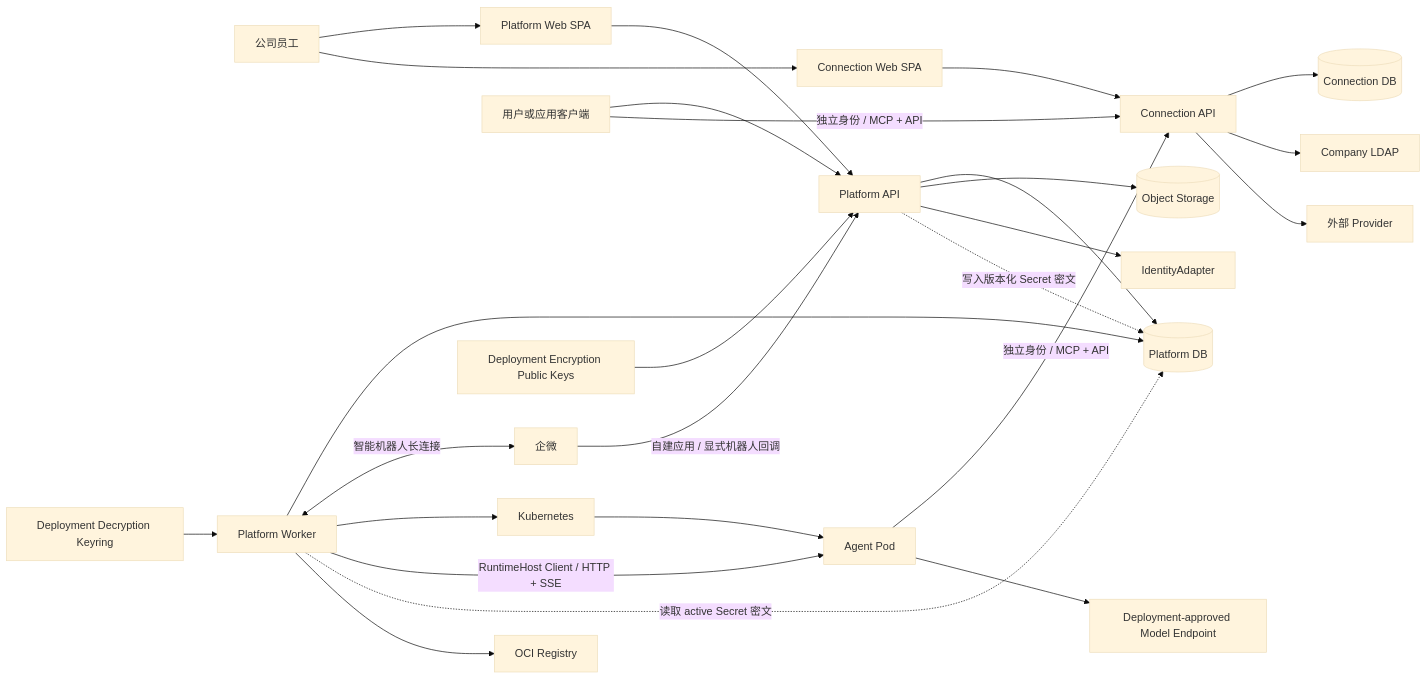
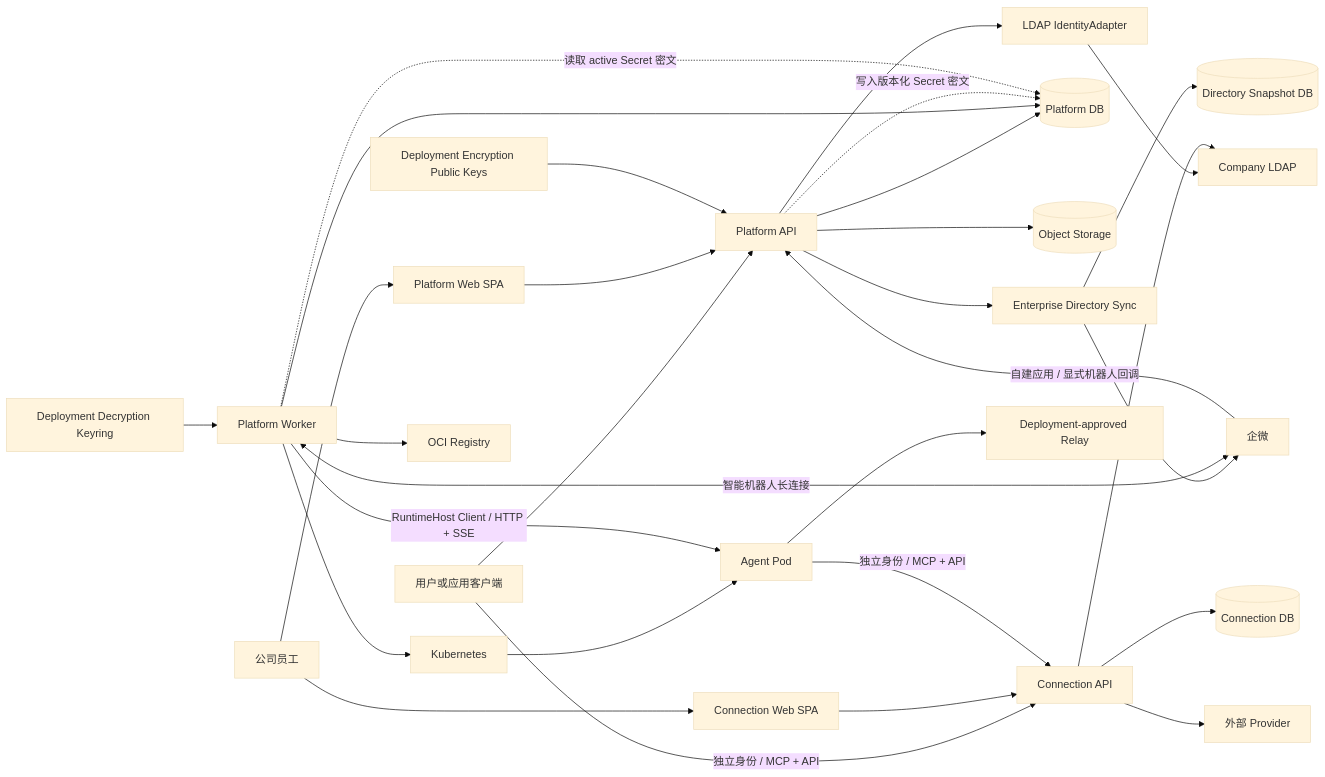
The first of 3 diagrams in docs/architecture/SPEC-agent-infra-M1-engineering-architecture.md (AgoraIO-Extensions/agent-infra), drawn with Mermaid (base theme) before and after one commit. The commit also changed other lines of this file and 4 other files, not shown here.

Commit message:
docs: align M1 identity and Relay acceptance (#886)

````diff
--- a/docs/architecture/SPEC-agent-infra-M1-engineering-architecture.md
+++ b/docs/architecture/SPEC-agent-infra-M1-engineering-architecture.md
@@ -86,32 +86,36 @@
 ```mermaid
 flowchart LR
     U[公司员工] --> W[Platform Web SPA]
     U --> CW[Connection Web SPA]
     QW[企微] -->|自建应用 / 显式机器人回调| PA[Platform API]
     CLI[用户或应用客户端] --> PA
     CLI -->|独立身份 / MCP + API| CA
     W --> PA
     CW --> CA[Connection API]
 
     PA --> PD[(Platform DB)]
     PA --> OS[(Object Storage)]
-    PA --> IDP[IdentityAdapter]
+    PA --> IDP[LDAP IdentityAdapter]
+    IDP --> LDAP[Company LDAP]
+    PA --> DIR[Enterprise Directory Sync]
+    DIR --> DD[(Directory Snapshot DB)]
+    DIR --> QW
     PW[Platform Worker] --> PD
     PW <-->|智能机器人长连接| QW
 
     PW --> K8S[Kubernetes]
     K8S --> AP[Agent Pod]
     PW -->|RuntimeHost Client / HTTP + SSE| AP
 
     AP -->|独立身份 / MCP + API| CA
     CA --> CD[(Connection DB)]
-    CA --> LDAP[Company LDAP]
+    CA --> LDAP
     PA -.->|写入版本化 Secret 密文| PD
     PW -.->|读取 active Secret 密文| PD
     PUB[Deployment Encryption Public Keys] --> PA
     PRIV[Deployment Decryption Keyring] --> PW
     CA --> EXT[外部 Provider]
 
-    AP --> MODEL[Deployment-approved Model Endpoint]
+    AP --> MODEL[Deployment-approved Relay]
     PW --> REG[OCI Registry]
 ```
````
